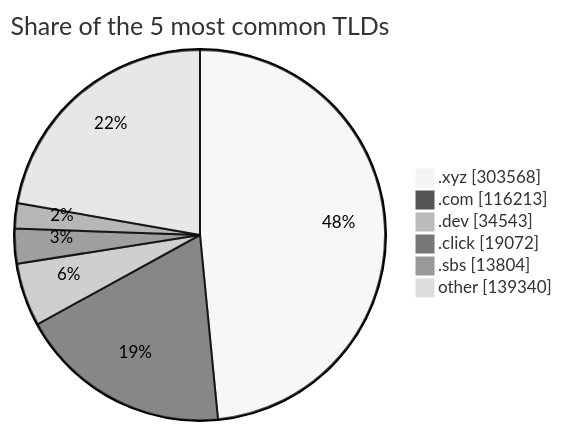
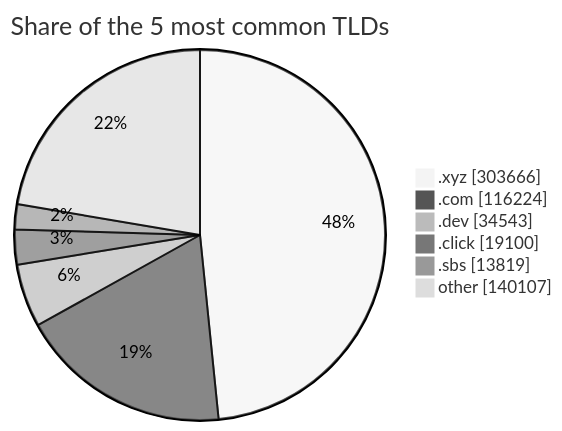
The third of 3 diagrams in README.md (DNSBunker/CTI), drawn with Mermaid (neutral theme) before and after one commit. The commit also changed other lines of this file and 3 other files, not shown here.

````diff
--- a/README.md
+++ b/README.md
@@ -81,9 +81,9 @@
 ```mermaid
 pie showData title Share of the 5 most common TLDs
-    ".xyz" : 303568
-    ".com" : 116213
+    ".xyz" : 303666
+    ".com" : 116224
     ".dev" : 34543
-    ".click" : 19072
-    ".sbs" : 13804
-    "other" : 139340
+    ".click" : 19100
+    ".sbs" : 13819
+    "other" : 140107
 ```
````
